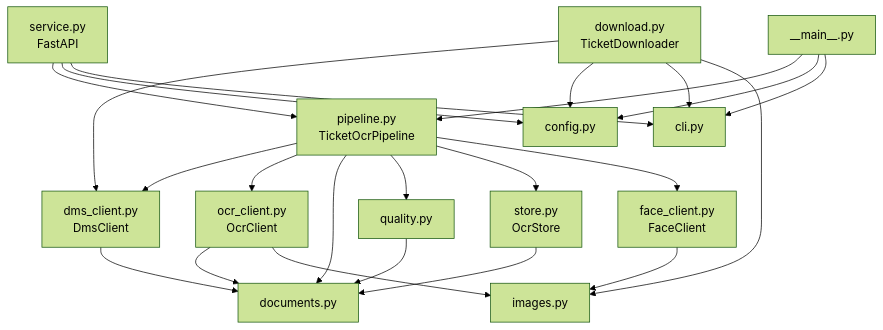
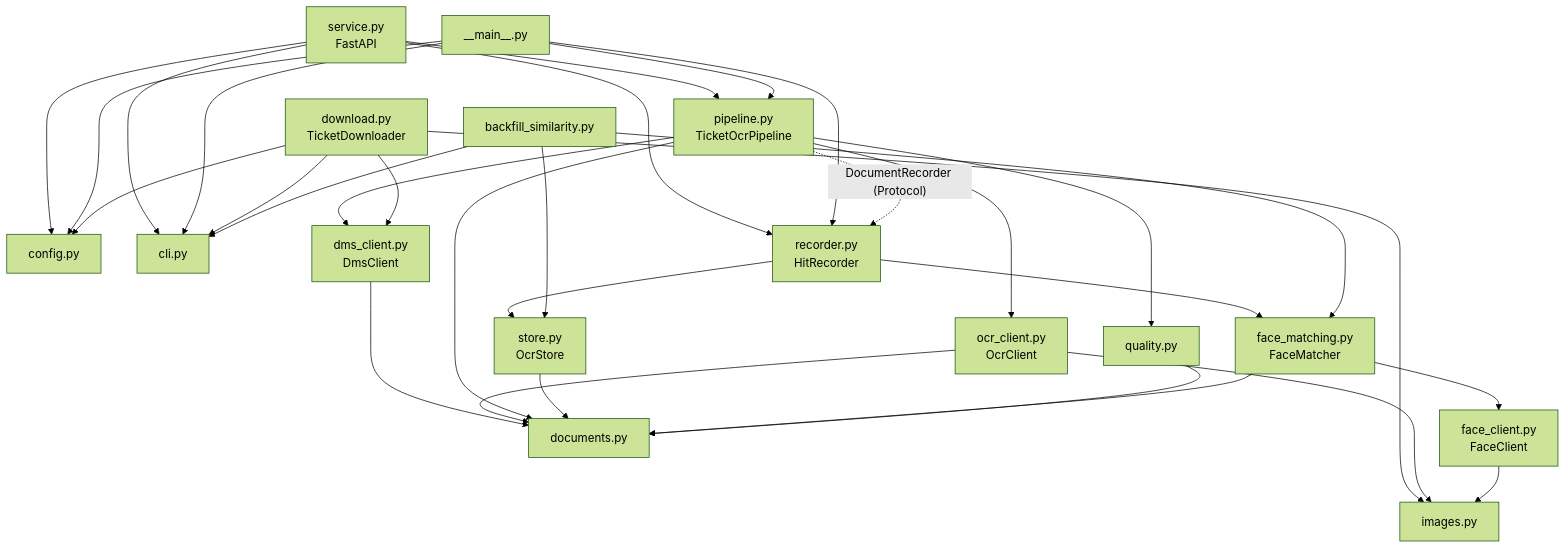
The second of 2 diagrams in README.md (sivi-shahab/API-Microsite), drawn with Mermaid (forest theme) before and after one commit. The commit also changed other lines of this file and 8 other files, not shown here.

First line of the commit message:
Backfill face similarity data lama; pisahkan pipeline dari store dan face matching

````diff
--- a/README.md
+++ b/README.md
@@ -576,25 +604,33 @@
 ```mermaid
 flowchart TD
     service["service.py<br/>FastAPI"] --> pipeline["pipeline.py<br/>TicketOcrPipeline"]
     service --> config
     service --> cli
     main["__main__.py"] --> pipeline
     main --> config["config.py"]
     pipeline --> dms["dms_client.py<br/>DmsClient"]
     pipeline --> ocr["ocr_client.py<br/>OcrClient"]
     main --> cli["cli.py"]
     download["download.py<br/>TicketDownloader"] --> dms
     download --> config
     download --> cli
     download --> images["images.py"]
     dms --> docs["documents.py"]
     ocr --> docs
     ocr --> images
     pipeline --> docs
     pipeline --> quality["quality.py"]
-    pipeline --> store["store.py<br/>OcrStore"]
-    pipeline --> face["face_client.py<br/>FaceClient"]
+    service --> recorder["recorder.py<br/>HitRecorder"]
+    main --> recorder
+    pipeline -. "DocumentRecorder (Protocol)" .-> recorder
+    recorder --> matching["face_matching.py<br/>FaceMatcher"]
+    recorder --> store["store.py<br/>OcrStore"]
+    backfill["backfill_similarity.py"] --> matching
+    backfill --> store
+    backfill --> cli
+    matching --> face["face_client.py<br/>FaceClient"]
     face --> images
     store --> docs
+    matching --> docs
     quality --> docs
 ```
````
